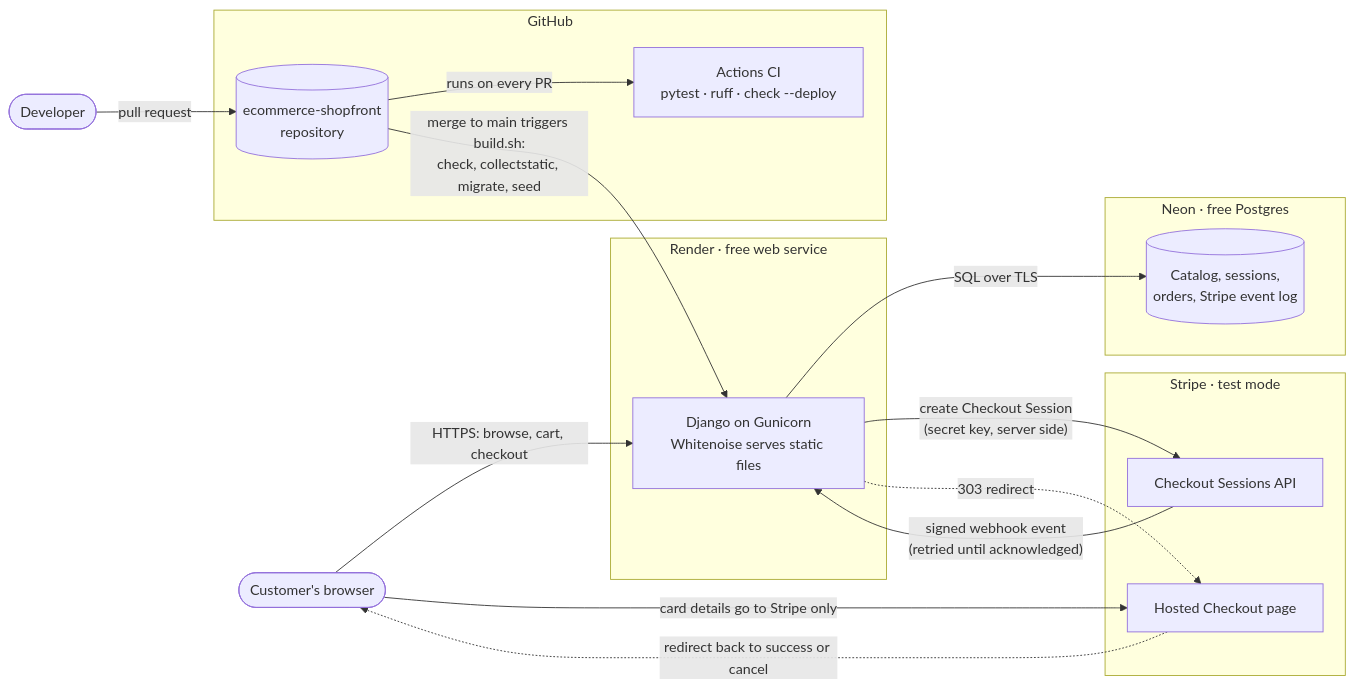
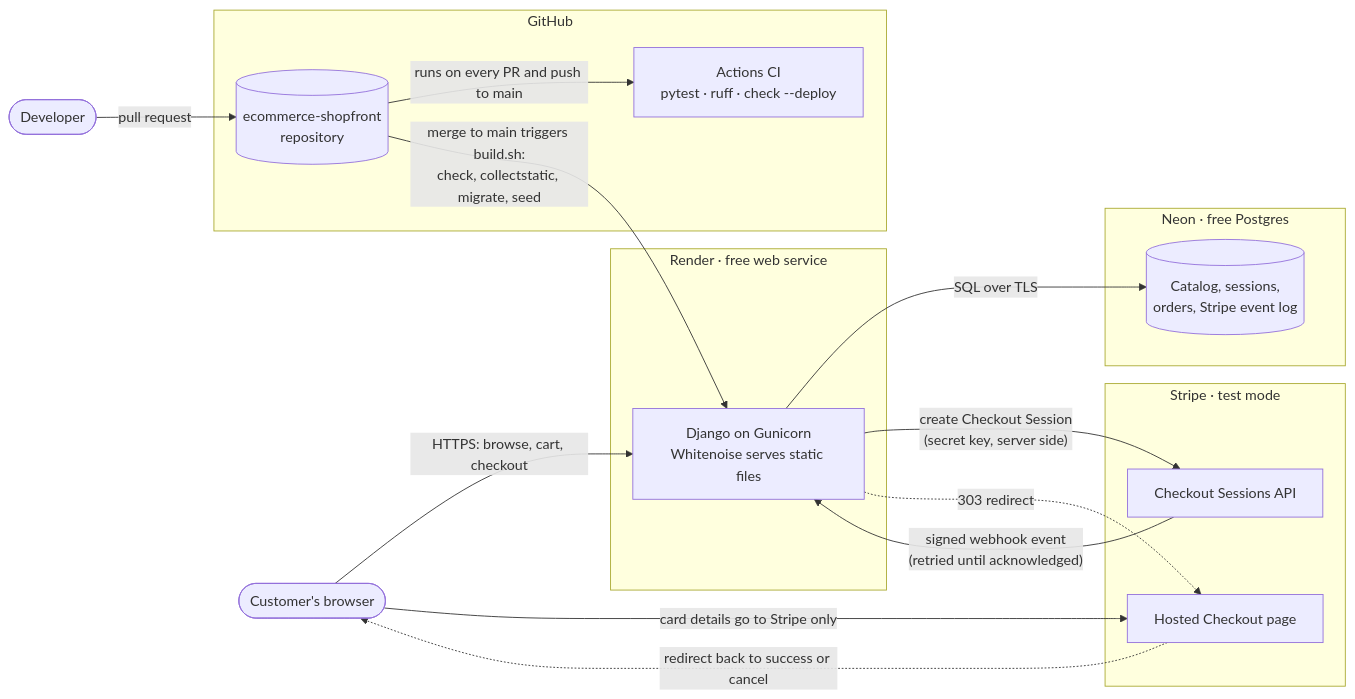
The first of 2 diagrams in README.md (kwagyei/ecommerce-shopfront), drawn with Mermaid before and after one commit. The commit also changed other lines of this file, not shown here.

````diff
--- a/README.md
+++ b/README.md
@@ -57,35 +56,35 @@
 ```mermaid
 flowchart LR
     customer(["Customer's browser"])
     dev(["Developer"])
 
     subgraph github["GitHub"]
         repo[("ecommerce-shopfront<br/>repository")]
         ci["Actions CI<br/>pytest · ruff · check --deploy"]
     end
 
     subgraph render["Render · free web service"]
         app["Django on Gunicorn<br/>Whitenoise serves static files"]
     end
 
     subgraph neon["Neon · free Postgres"]
         db[("Catalog, sessions,<br/>orders, Stripe event log")]
     end
 
     subgraph stripe["Stripe · test mode"]
         hosted["Hosted Checkout page"]
         api["Checkout Sessions API"]
     end
 
     dev -- "pull request" --> repo
-    repo -- "runs on every PR" --> ci
+    repo -- "runs on every PR and push to main" --> ci
     repo -- "merge to main triggers build.sh:<br/>check, collectstatic, migrate, seed" --> app
 
     customer -- "HTTPS: browse, cart, checkout" --> app
     app -- "SQL over TLS" --> db
     app -- "create Checkout Session<br/>(secret key, server side)" --> api
     app -. "303 redirect" .-> hosted
     customer -- "card details go to Stripe only" --> hosted
     hosted -. "redirect back to success or cancel" .-> customer
     api -- "signed webhook event<br/>(retried until acknowledged)" --> app
 ```
````
